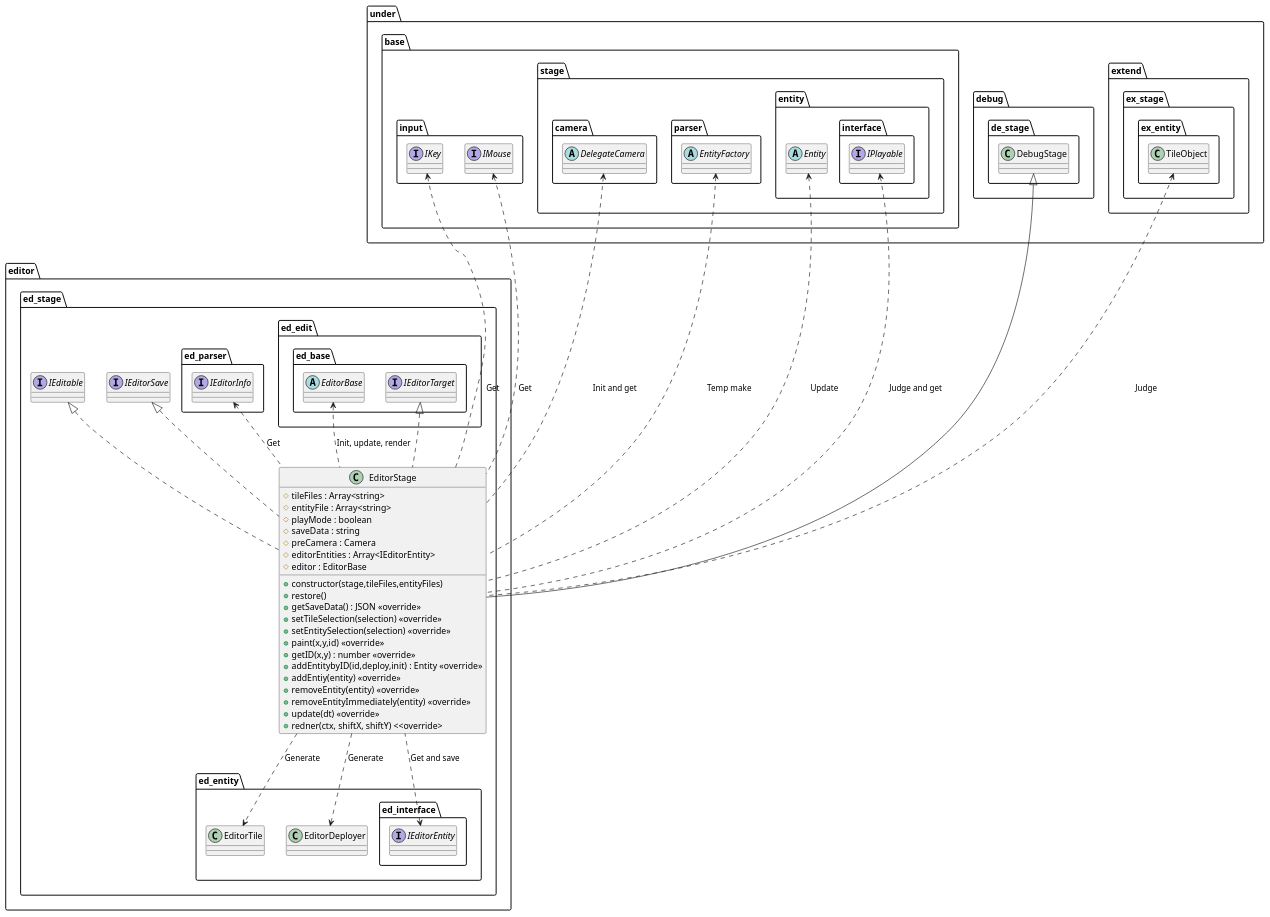
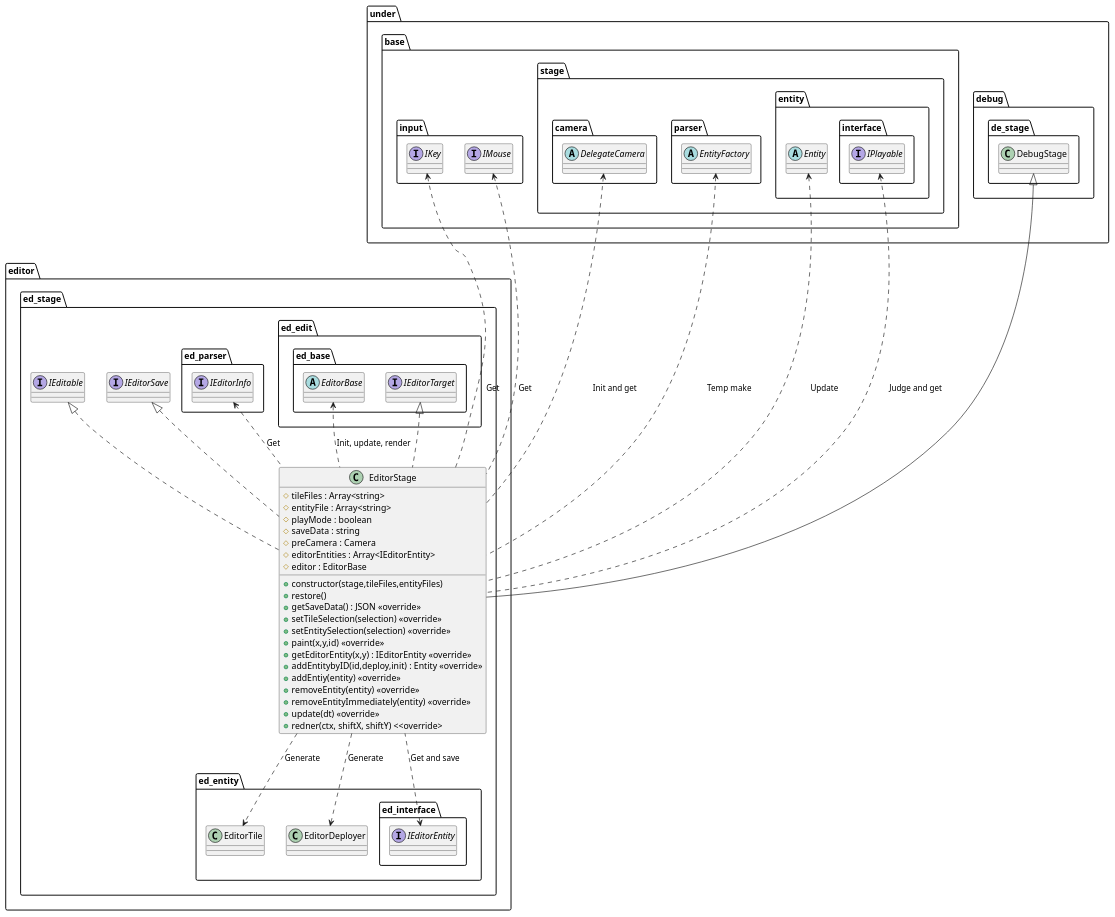
One commit to Expine/Under changed the diagram in uml/editor/Stage.wsd. Above: the diagram before and after it, drawn with PlantUML. The commit also changed 51 other files, not shown here.

Commit message:
Add editor tool, auto tile, painting, and add editor builder

```diff
--- a/uml/editor/Stage.wsd
+++ b/uml/editor/Stage.wsd
@@ -1,106 +1,98 @@
 @startuml EditorStage
 
 package editor {
     package ed_stage {
         class EditorStage {
             +constructor(stage,tileFiles,entityFiles)
             #tileFiles : Array<string>
             #entityFile : Array<string>
             #playMode : boolean
             #saveData : string
             #preCamera : Camera
             #editorEntities : Array<IEditorEntity>
             #editor : EditorBase
             +restore()
             +getSaveData() : JSON <<override>>
             +setTileSelection(selection) <<override>>
             +setEntitySelection(selection) <<override>>
             +paint(x,y,id) <<override>>
-            +getID(x,y) : number <<override>>
+            +getEditorEntity(x,y) : IEditorEntity <<override>>
             +addEntitybyID(id,deploy,init) : Entity <<override>>
             +addEntiy(entity) <<override>>
             +removeEntity(entity) <<override>>
             +removeEntityImmediately(entity) <<override>>
             +update(dt) <<override>>
             +redner(ctx, shiftX, shiftY) <<override>
         }
     }
 }
 
 package under {
     package base {
         package input {
             interface IKey
             interface IMouse
         }
         package stage {
             package camera {
                 abstract DelegateCamera
             }
             package parser {
                 abstract EntityFactory
             }
             package entity {
                 package interface {
                     interface IPlayable
                 }
                 abstract Entity
             }
         }
     }
     package debug {
         package de_stage {
             class DebugStage
         }
     }
-    package extend {
-        package ex_stage {
-            package ex_entity {
-                class TileObject
-            }
-        }
-    }
 }
 
 package editor {
     package ed_stage {
         interface IEditorSave
         interface IEditable
         package ed_edit {
             package ed_base {
                 abstract EditorBase
                 interface IEditorTarget
             }
         }
         package ed_parser {
             interface IEditorInfo
         }
         package ed_entity {
             class EditorTile
             class EditorDeployer
             package ed_interface {
                 interface IEditorEntity
             }
         }
     }
 }
 
-TileObject <... EditorStage : Judge
 IEditorEntity <.. EditorStage : Get and save
 EditorBase <.. EditorStage : Init, update, render
 IEditorInfo <.. EditorStage : Get
 EntityFactory <... EditorStage : Temp make
 EditorStage ..> EditorTile : Generate
 EditorStage ..> EditorDeployer : Generate
 Entity <... EditorStage : Update
 IKey <... EditorStage : Get
 IMouse <... EditorStage : Get
 IPlayable <... EditorStage : Judge and get
 DelegateCamera <... EditorStage : Init and get
 
 DebugStage <|-- EditorStage
 IEditorSave <|.. EditorStage
 IEditable <|.. EditorStage
 IEditorTarget <|.. EditorStage
 
 @enduml
```
